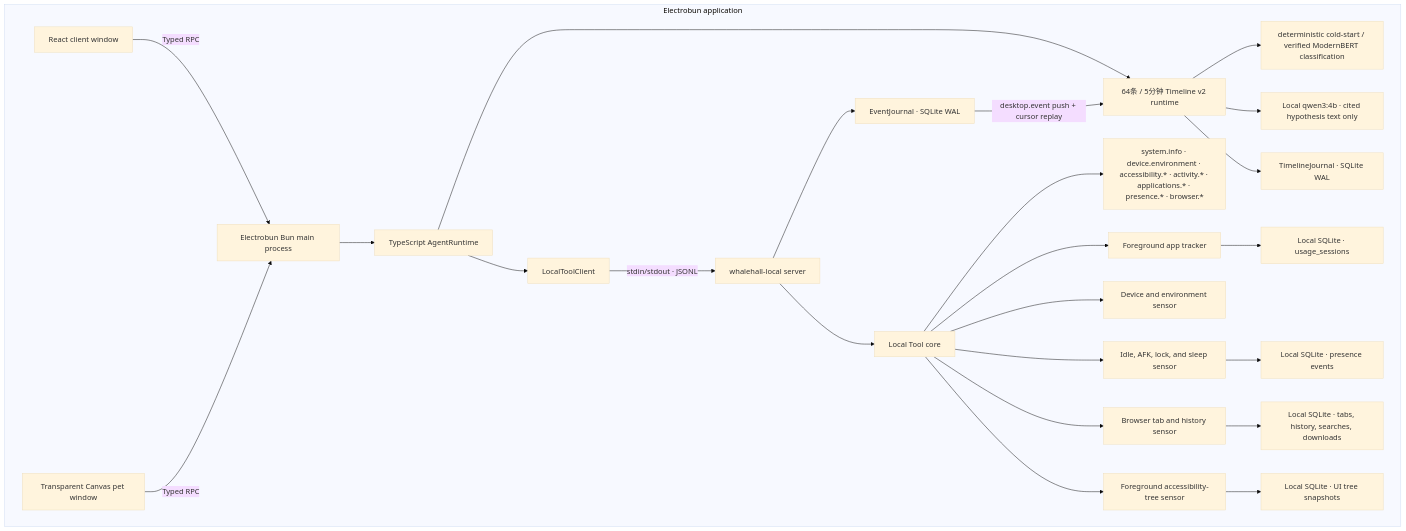
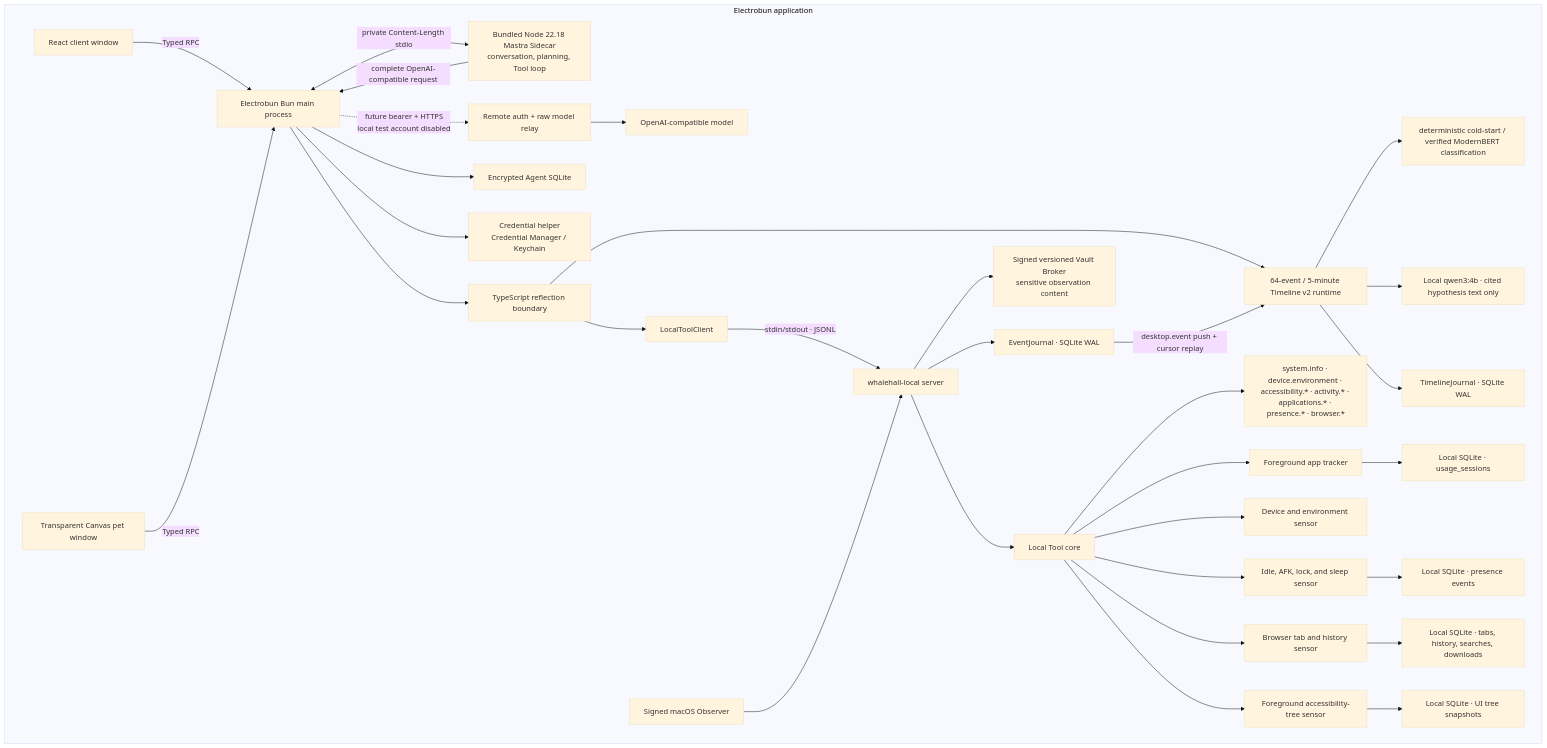
One commit to Sea-Go/Sea-WhaleHall changed the diagram in README.md. Above: the diagram before and after it, drawn with Mermaid (base theme). The commit also changed other lines of this file and 174 other files, not shown here.

Commit message:
feat(agent): move orchestration to local Mastra

````diff
--- a/README.md
+++ b/README.md
@@ -11,27 +11,35 @@
 ```mermaid
 flowchart TB
   subgraph App["Electrobun application"]
     Client["React client window"] -->|"Typed RPC"| Bun["Electrobun Bun main process"]
     Pet["Transparent Canvas pet window"] -->|"Typed RPC"| Bun
-    Bun --> Agent["TypeScript AgentRuntime"]
+    Bun <-->|"private Content-Length stdio"| Mastra["Bundled Node 22.18 Mastra Sidecar\nconversation, planning, Tool loop"]
+    Mastra -->|"complete OpenAI-compatible request"| Bun
+    Bun -.->|"future bearer + HTTPS\nlocal test account disabled"| Relay["Remote auth + raw model relay"]
+    Relay --> LLM["OpenAI-compatible model"]
+    Bun --> AgentDB["Encrypted Agent SQLite"]
+    Bun --> CredentialHelper["Credential helper\nCredential Manager / Keychain"]
+    Bun --> Agent["TypeScript reflection boundary"]
     Agent --> LocalClient["LocalToolClient"]
-    Agent --> Reflection["64条 / 5分钟 Timeline v2 runtime"]
+    Agent --> Reflection["64-event / 5-minute Timeline v2 runtime"]
     LocalClient -->|"stdin/stdout · JSONL"| Server["whalehall-local server"]
+    Observer["Signed macOS Observer"] --> Server
     Server --> EventJournal["EventJournal · SQLite WAL"]
     EventJournal -->|"desktop.event push + cursor replay"| Reflection
     Reflection --> Classifier["deterministic cold-start / verified ModernBERT classification"]
     Reflection --> Qwen["Local qwen3:4b · cited hypothesis text only"]
     Reflection --> ReflectionJournal["TimelineJournal · SQLite WAL"]
+    Server --> VaultBroker["Signed versioned Vault Broker\nsensitive observation content"]
     Server --> Core["Local Tool core"]
     Core --> Tools["system.info · device.environment · accessibility.* · activity.* · applications.* · presence.* · browser.*"]
     Core --> Accessibility["Foreground accessibility-tree sensor"]
     Core --> DeviceSensor["Device and environment sensor"]
     Core --> Tracker["Foreground app tracker"]
     Core --> Presence["Idle, AFK, lock, and sleep sensor"]
     Core --> Browser["Browser tab and history sensor"]
     Tracker --> SQLite["Local SQLite · usage_sessions"]
     Presence --> PresenceSQLite["Local SQLite · presence events"]
     Browser --> BrowserSQLite["Local SQLite · tabs, history, searches, downloads"]
     Accessibility --> AccessibilitySQLite["Local SQLite · UI tree snapshots"]
   end
 ```
````
